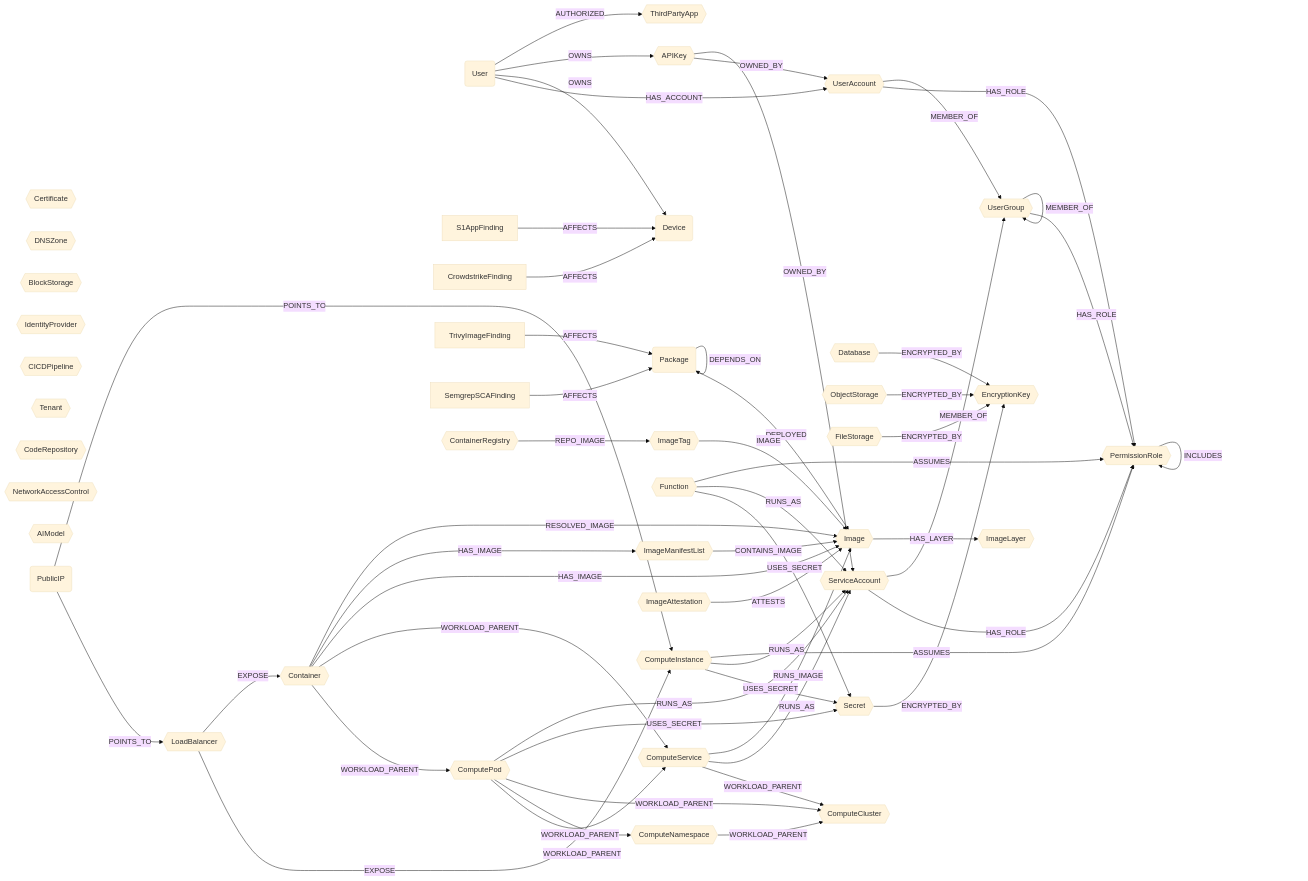
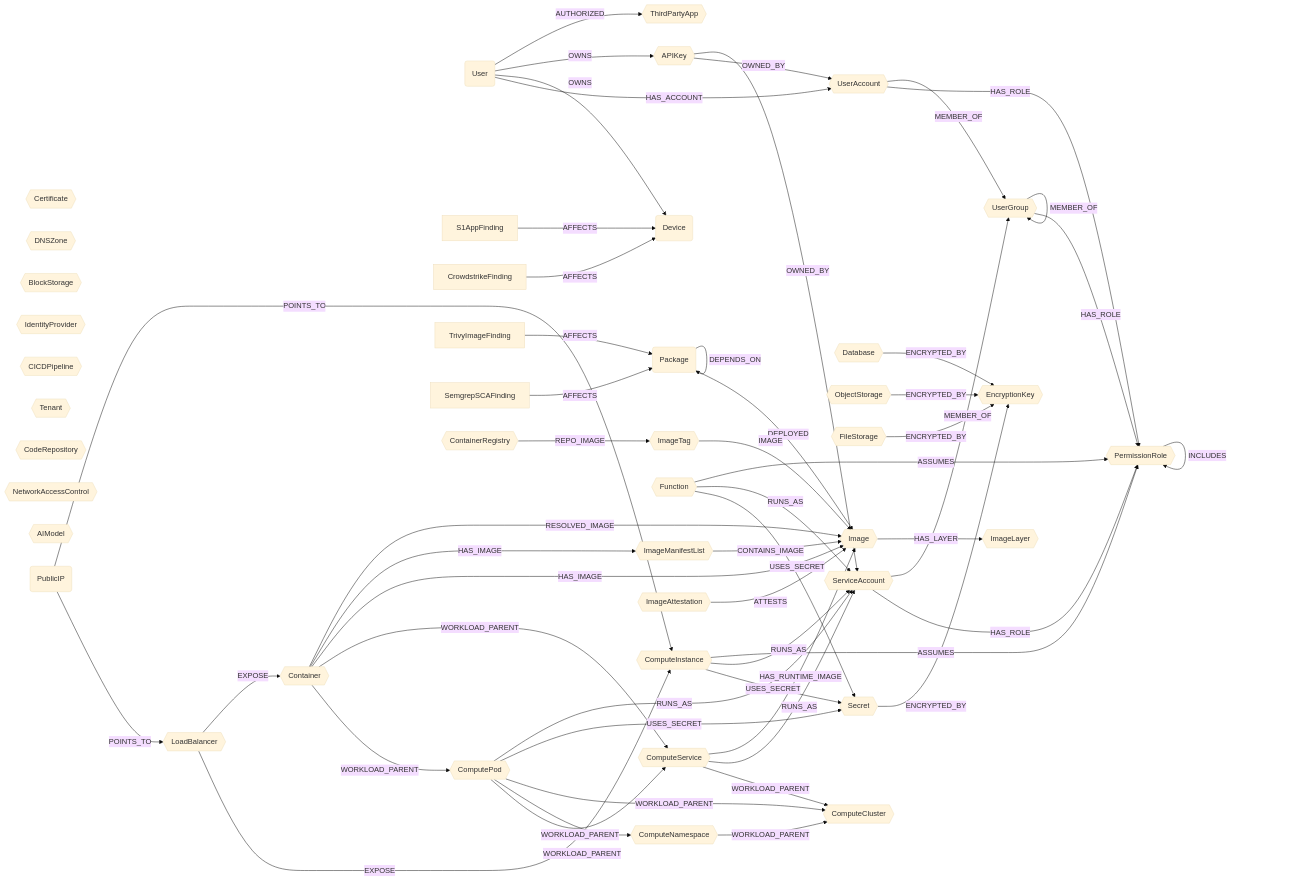
The diagram in docs/root/modules/ontology/schema.md (cartography-cncf/cartography), drawn with Mermaid (base theme) before and after one commit. The commit also changed other lines of this file and 4 other files, not shown here.

First line of the commit message:
refactor(ontology): rename RUNS_IMAGE edge to HAS_RUNTIME_IMAGE

````diff
--- a/docs/root/modules/ontology/schema.md
+++ b/docs/root/modules/ontology/schema.md
@@ -6,78 +6,78 @@
 ```mermaid
 graph LR
 
 U(User) -- HAS_ACCOUNT --> UA{{UserAccount}}
 U -- OWNS --> CC(Device)
 SAF[S1AppFinding] -- AFFECTS --> CC
 CSF[CrowdstrikeFinding] -- AFFECTS --> CC
 U -- OWNS --> AK{{APIKey}}
 U -- AUTHORIZED --> OA{{ThirdPartyApp}}
 UG{{UserGroup}}
 SA{{ServiceAccount}}
 CERT{{Certificate}}
 LB{{LoadBalancer}} -- EXPOSE --> CI{{ComputeInstance}}
 LB{{LoadBalancer}} -- EXPOSE --> CT{{Container}}
 CL{{ComputeCluster}}
 CS{{ComputeService}}
 CNS{{ComputeNamespace}}
 CP{{ComputePod}}
 CT -- WORKLOAD_PARENT --> CP
 CT -- WORKLOAD_PARENT --> CS
 CP -- WORKLOAD_PARENT --> CS
 CP -- WORKLOAD_PARENT --> CNS
 CP -- WORKLOAD_PARENT --> CL
 CS -- WORKLOAD_PARENT --> CL
 CNS -- WORKLOAD_PARENT --> CL
 DB{{Database}}
 DZ{{DNSZone}}
 OS{{ObjectStorage}}
 FS{{FileStorage}}
 BS{{BlockStorage}}
 IDP{{IdentityProvider}}
 CICD{{CICDPipeline}}
 TN{{Tenant}}
 FN{{Function}}
 REPO{{CodeRepository}}
 SC{{Secret}}
 EK{{EncryptionKey}}
 SC -- ENCRYPTED_BY --> EK
 DB -- ENCRYPTED_BY --> EK
 OS -- ENCRYPTED_BY --> EK
 FS -- ENCRYPTED_BY --> EK
 CP -- USES_SECRET --> SC
 FN -- USES_SECRET --> SC
 CI -- USES_SECRET --> SC
 PR{{PermissionRole}}
 UA -- HAS_ROLE --> PR
 SA -- HAS_ROLE --> PR
 UG -- HAS_ROLE --> PR
 PR -- INCLUDES --> PR
 UA -- MEMBER_OF --> UG
 SA -- MEMBER_OF --> UG
 UG -- MEMBER_OF --> UG
 AK -- OWNED_BY --> UA
 AK -- OWNED_BY --> SA
 CI -- RUNS_AS --> SA
 CP -- RUNS_AS --> SA
 FN -- RUNS_AS --> SA
 CS -- RUNS_AS --> SA
 CI -- ASSUMES --> PR
 FN -- ASSUMES --> PR
 NAC{{NetworkAccessControl}}
 AIM{{AIModel}}
 PIP(PublicIP) -- POINTS_TO --> LB
 PIP -- POINTS_TO --> CI
 PKG(Package) -- DEPLOYED --> IM{{Image}}
 PKG -- DEPENDS_ON --> PKG
 F[TrivyImageFinding] -- AFFECTS --> PKG
 SCA[SemgrepSCAFinding] -- AFFECTS --> PKG
 CR{{ContainerRegistry}} -- REPO_IMAGE --> IT{{ImageTag}}
 IT -- IMAGE --> IM
 IML{{ImageManifestList}} -- CONTAINS_IMAGE --> IM
 IA{{ImageAttestation}} -- ATTESTS --> IM
 IM -- HAS_LAYER --> IL{{ImageLayer}}
 CT -- HAS_IMAGE --> IM
 CT -- HAS_IMAGE --> IML
 CT -- RESOLVED_IMAGE --> IM
-CS -- RUNS_IMAGE --> IM
+CS -- HAS_RUNTIME_IMAGE --> IM
 ```
````
